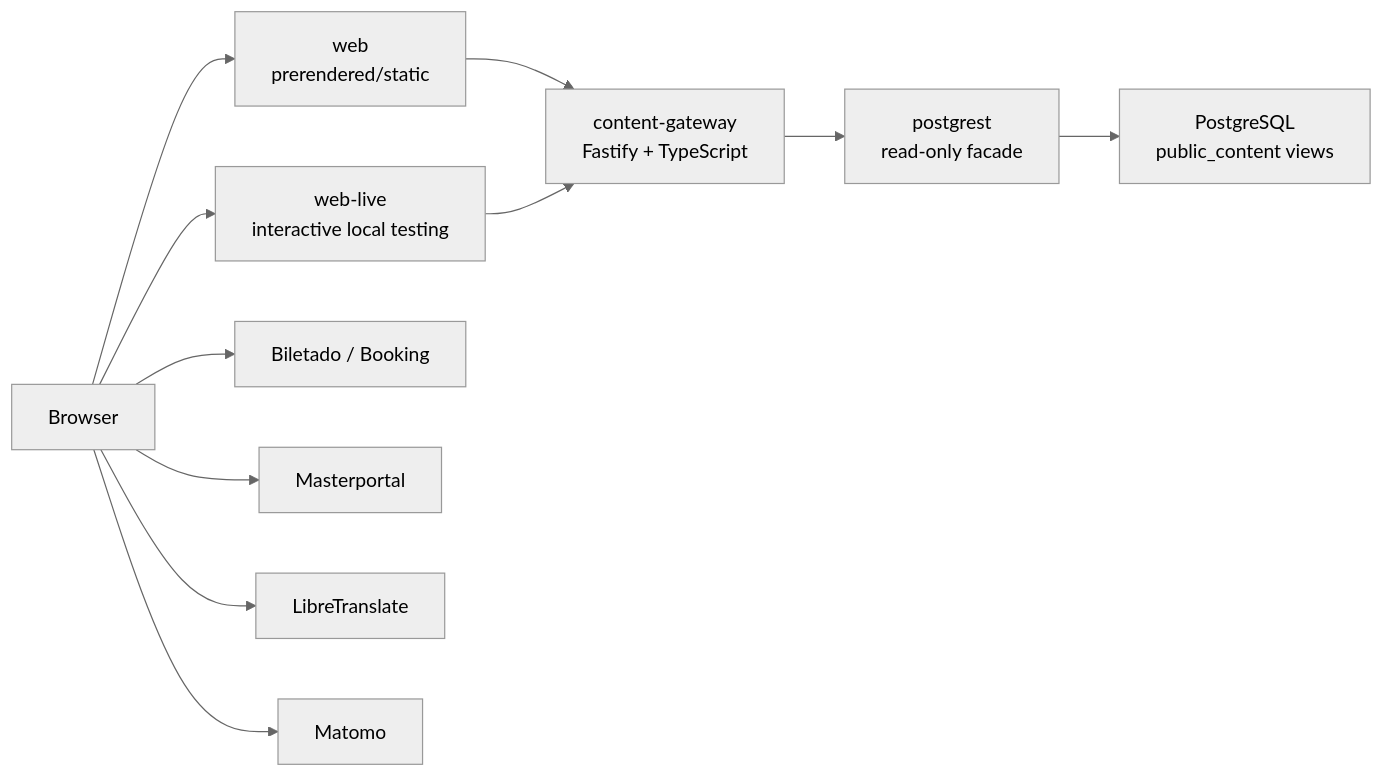
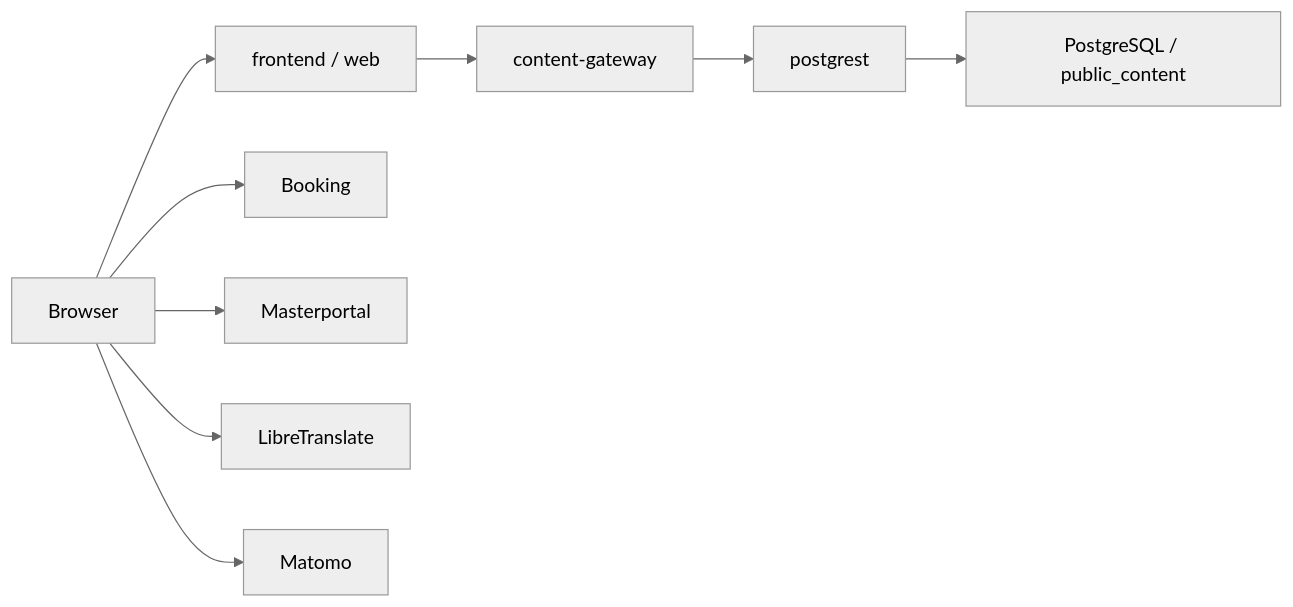
Before and after one commit to smart-village-solutions/guben-cockpit-old: the diagram in docs/system-documentation.md, drawn with Mermaid (neutral theme). The commit also changed other lines of this file and 18 other files, not shown here.

Commit message:
Clean up public content docs and legacy stack files

````diff
--- a/docs/system-documentation.md
+++ b/docs/system-documentation.md
@@ -17,14 +22,12 @@
 ```mermaid
 flowchart LR
-  Browser --> Web["web\nprerendered/static"]
-  Browser --> WebLive["web-live\ninteractive local testing"]
-  Web --> Gateway["content-gateway\nFastify + TypeScript"]
-  WebLive --> Gateway
-  Gateway --> PostgREST["postgrest\nread-only facade"]
-  PostgREST --> PostgreSQL["PostgreSQL\npublic_content views"]
+  Browser --> Web["frontend / web"]
+  Web --> Gateway["content-gateway"]
+  Gateway --> PostgREST["postgrest"]
+  PostgREST --> PostgreSQL["PostgreSQL / public_content"]
 
-  Browser --> Booking["Biletado / Booking"]
+  Browser --> Booking["Booking"]
   Browser --> Masterportal["Masterportal"]
   Browser --> Translate["LibreTranslate"]
   Browser --> Matomo["Matomo"]
 ```
````
